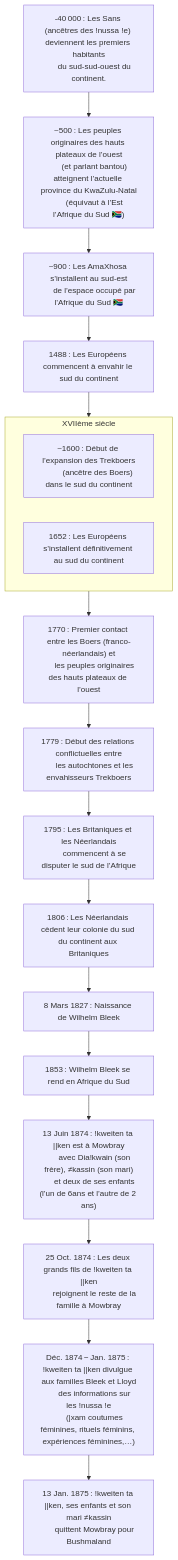
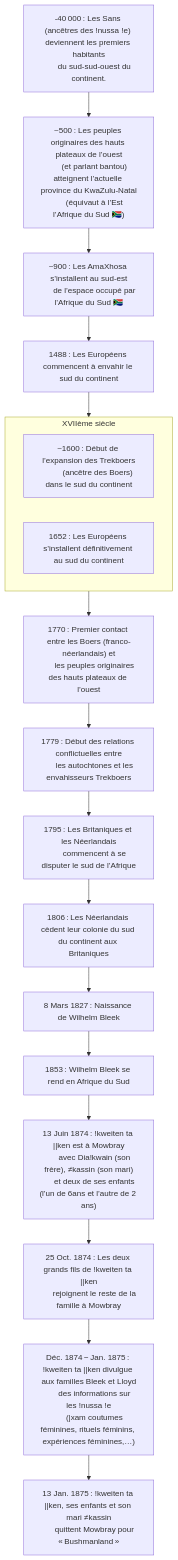
Before and after one commit to ba-moun/Ba-Moun-Save: the diagram in en-cours/personnalite/femme/chasseuse-ceuilleuse/rachel.md, drawn with Mermaid. The commit also changed other lines of this file, not shown here.

Commit message:
docs: update en-cours/personnalite/femme/chasseuse-ceuilleuse/rachel

````diff
--- a/en-cours/personnalite/femme/chasseuse-ceuilleuse/rachel.md
+++ b/en-cours/personnalite/femme/chasseuse-ceuilleuse/rachel.md
@@ -14,59 +14,59 @@
 ```mermaid
 flowchart TB
    
    Khoïsan["-40 000 : Les Sans (ancêtres des !nussa !e) deviennent les premiers habitants
       du sud-sud-ouest du continent."]
    
    grassland["~500 : Les peuples originaires des hauts plateaux de l’ouest
       (et parlant bantou) atteignent l’actuelle province du KwaZulu-Natal
       (équivaut à l’Est l’Afrique du Sud 🇿🇦)"]
    
    amaXhosa["~900 : Les AmaXhosa s’installent au sud-est
       de l’espace occupé par l’Afrique du Sud 🇿🇦"]
    
    europeanInvasion["1488 : Les Européens commencent à envahir le sud du continent"]
    
    subgraph 17thCentury["XVIIème siècle"]
       boersExpantion["~1600 : Début de l’expansion des Trekboers
          (ancêtre des Boers) dans le sud du continent"]
       
       europeanInvasionNextStep["1652 : Les Européens s’installent définitivement au sud du continent"]
    end
    
    boersArrive["1770 : Premier contact entre les Boers (franco-néerlandais) et
       les peuples originaires des hauts plateaux de l’ouest"]
    
    boersConflict["1779 : Début des relations conflictuelles entre
       les autochtones et les envahisseurs Trekboers"]
       
    europeanFightInZABegin["1795 : Les Britaniques et les Néerlandais
       commencent à se disputer le sud de l’Afrique"]
    
 
    europeanFightInZAEnd["1806 : Les Néerlandais cèdent leur colonie du sud du continent aux Britaniques"]
                
    wilhelmBleekbirth["8 Mars 1827 : Naissance de Wilhelm Bleek"]
                
    wBleekInZA["1853 : Wilhelm Bleek se rend en Afrique du Sud"]
       
    kweitenTaKenInMowbray["13 Juin 1874 : !kweiten ta ||ken est à Mowbray
       avec Dia!kwain (son frère), ≠kassin (son mari)
       et deux de ses enfants (l’un de 6ans et l’autre de 2 ans)"]
                
    kTKOlderSons["25 Oct. 1874 : Les deux grands fils de !kweiten ta ||ken
       rejoignent le reste de la famille à Mowbray"]
    
    kTKInformator["Déc. 1874 − Jan. 1875 : !kweiten ta ||ken divulgue aux familles Bleek et Lloyd
       des informations sur les !nussa !e
       (|xam coutumes féminines, rituels féminins, expériences féminines,…)"]
       
    kTKLittleFamilyLeaveMowbray["13 Jan. 1875 : !kweiten ta ||ken, ses enfants et son mari ≠kassin
-      quittent Mowbray pour Bushmaland"]
+      quittent Mowbray pour « Bushmanland »"]
    
    Khoïsan --> grassland --> amaXhosa --> europeanInvasion -->
    17thCentury --> boersArrive --> boersConflict --> 
    europeanFightInZABegin --> europeanFightInZAEnd -->
    wilhelmBleekbirth --> wBleekInZA --> kweitenTaKenInMowbray -->
    kTKOlderSons --> kTKInformator --> kTKLittleFamilyLeaveMowbray
    
 ```
````
